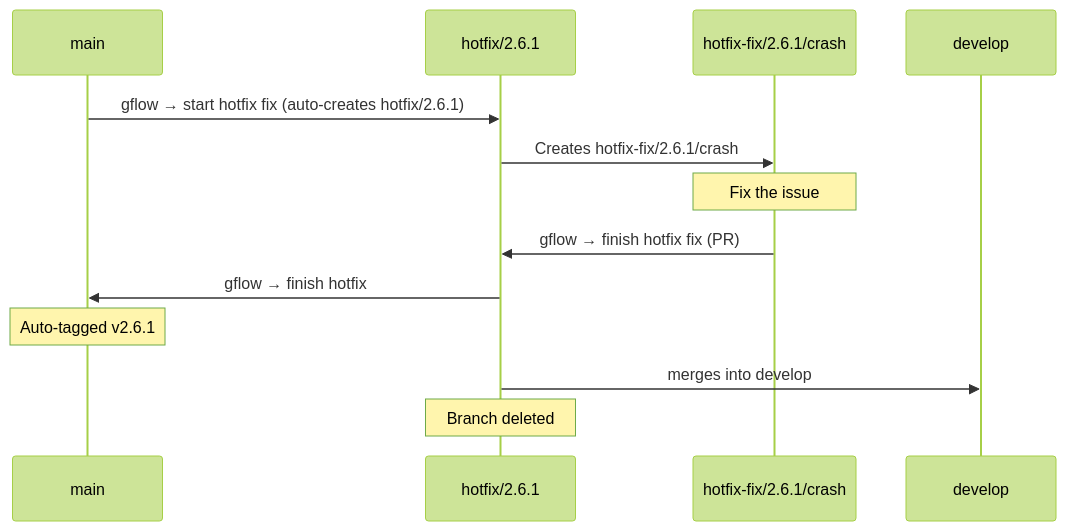
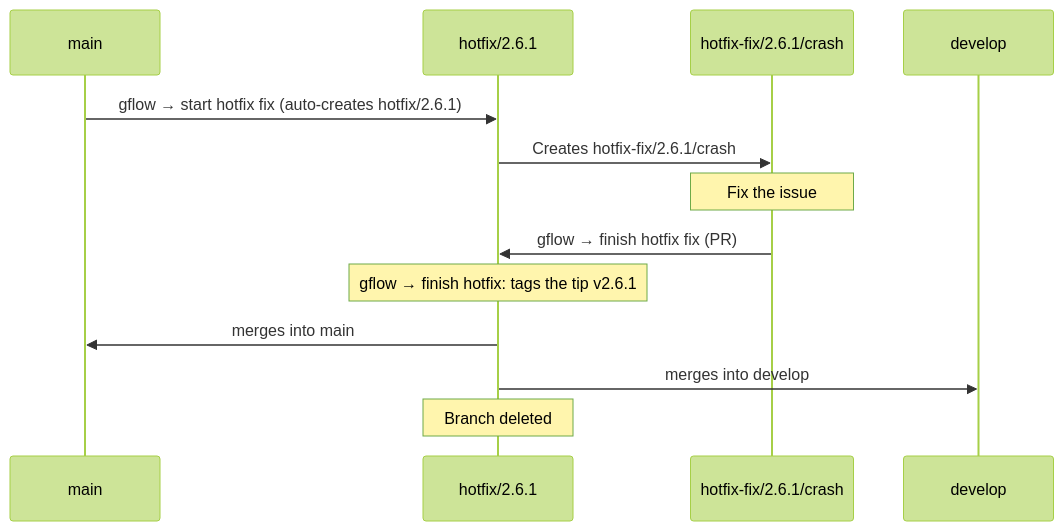
The fourth of 7 diagrams in README.md (middelkampdev/gflow), drawn with Mermaid (forest theme) before and after one commit. The commit also changed other lines of this file and 23 other files, not shown here.

````diff
--- a/README.md
+++ b/README.md
@@ -560,16 +583,16 @@
 ```mermaid
 sequenceDiagram
     participant M as main
     participant H as hotfix/2.6.1
     participant HF as hotfix-fix/2.6.1/crash
     participant D as develop
 
     M->>H: gflow → start hotfix fix (auto-creates hotfix/2.6.1)
     H->>HF: Creates hotfix-fix/2.6.1/crash
     Note over HF: Fix the issue
     HF->>H: gflow → finish hotfix fix (PR)
-    H->>M: gflow → finish hotfix
-    Note over M: Auto-tagged v2.6.1
+    Note over H: gflow → finish hotfix: tags the tip v2.6.1
+    H->>M: merges into main
     H->>D: merges into develop
     Note over H: Branch deleted
 ```
````
